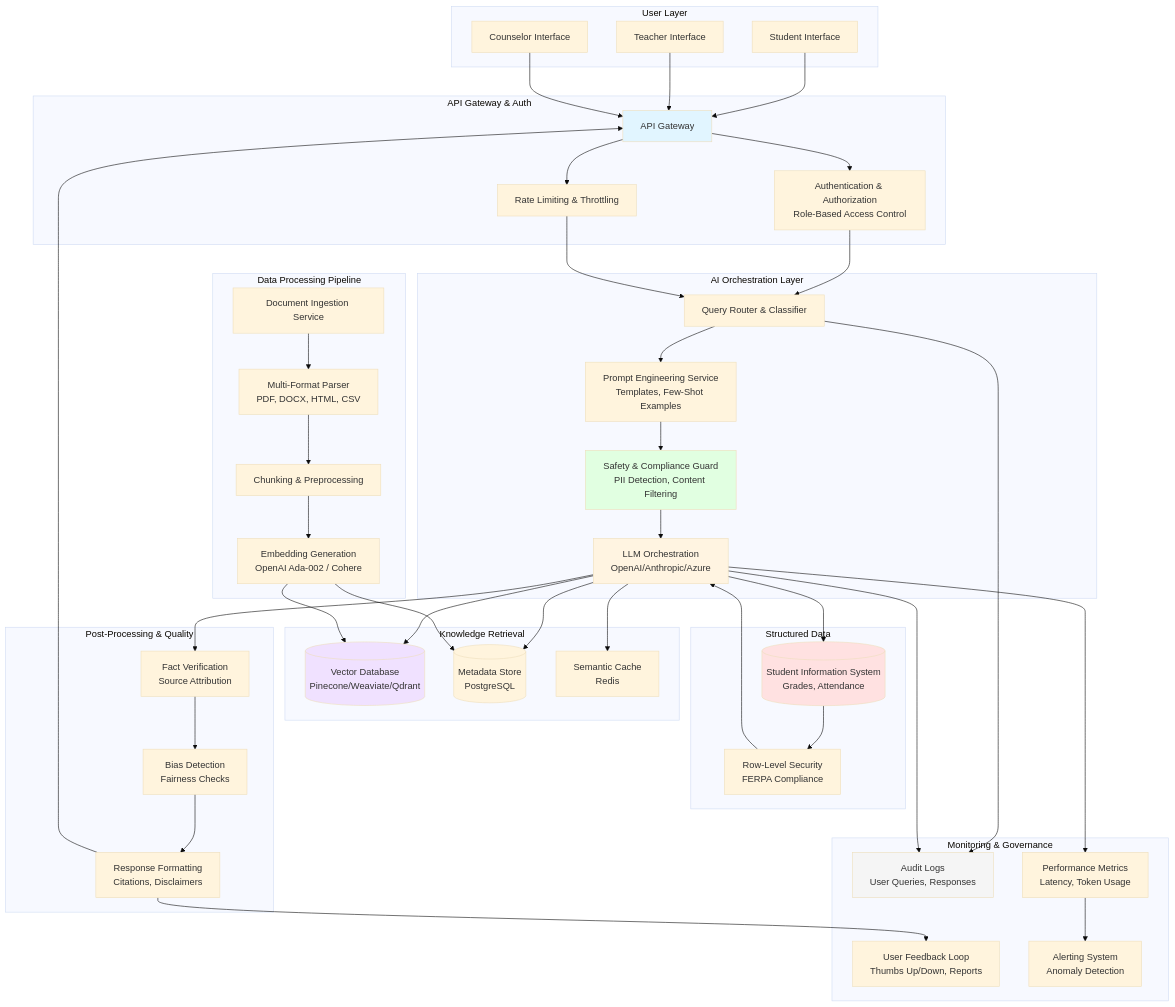
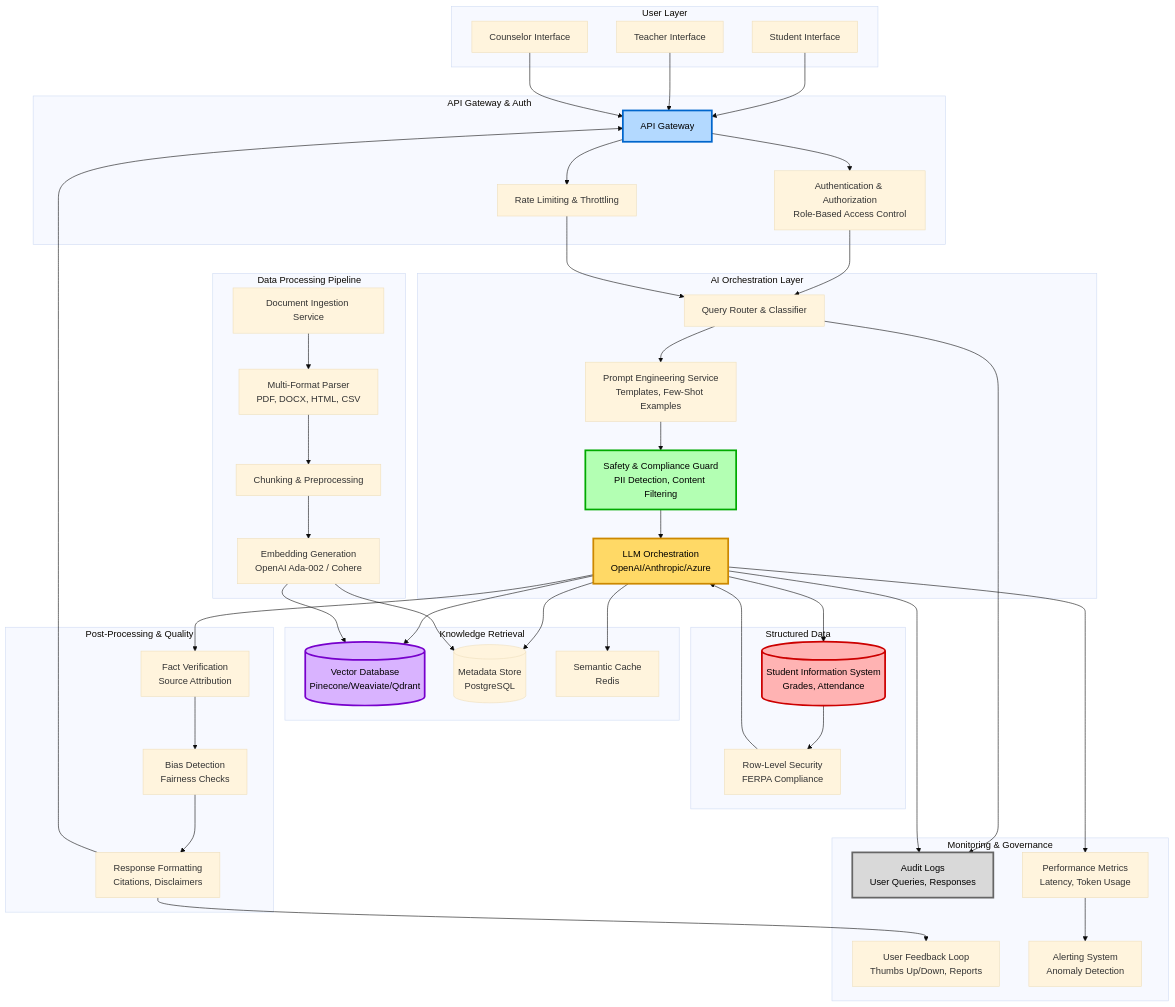
The diagram in ARCHITECTURE.md (kbwillia/sparq-takehome), drawn with Mermaid (base theme) before and after one commit.

Commit message:
Update architecture diagram styles for components with new colors and stroke properties

````diff
--- a/ARCHITECTURE.md
+++ b/ARCHITECTURE.md
@@ -92,10 +92,10 @@
     Format --> Feedback
     Metrics --> Alert
 
-    style Gateway fill:#e1f5ff
-    style LLMOrch fill:#fff4e1
-    style VectorDB fill:#f0e1ff
-    style StudentDB fill:#ffe1e1
-    style Guard fill:#e1ffe1
-    style Logs fill:#f5f5f5
+    style Gateway fill:#b3d9ff,stroke:#0066cc,stroke-width:3px,color:#000
+    style LLMOrch fill:#ffd966,stroke:#cc8800,stroke-width:3px,color:#000
+    style VectorDB fill:#d9b3ff,stroke:#7700cc,stroke-width:3px,color:#000
+    style StudentDB fill:#ffb3b3,stroke:#cc0000,stroke-width:3px,color:#000
+    style Guard fill:#b3ffb3,stroke:#00aa00,stroke-width:3px,color:#000
+    style Logs fill:#d9d9d9,stroke:#666666,stroke-width:3px,color:#000
 ```
````
